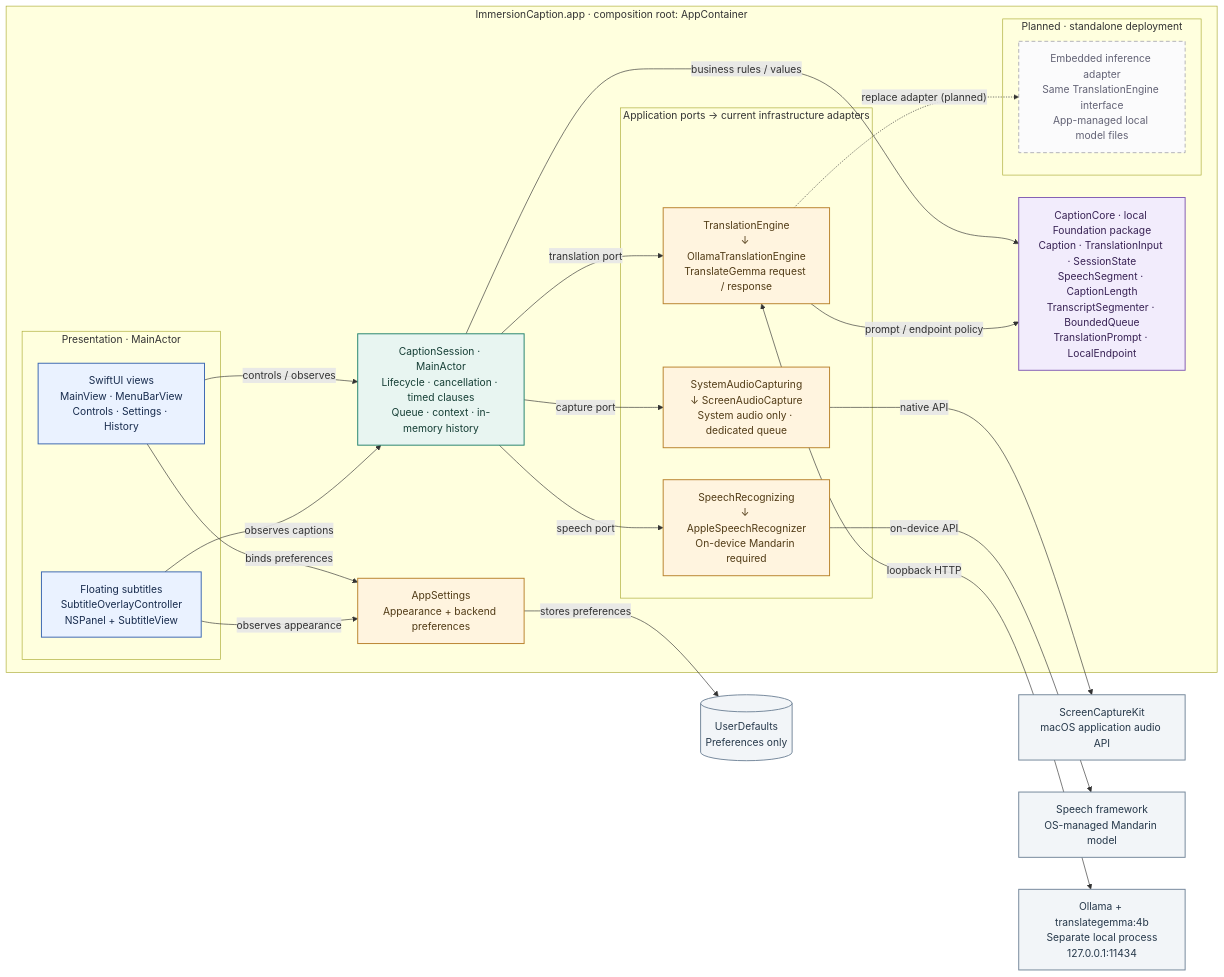
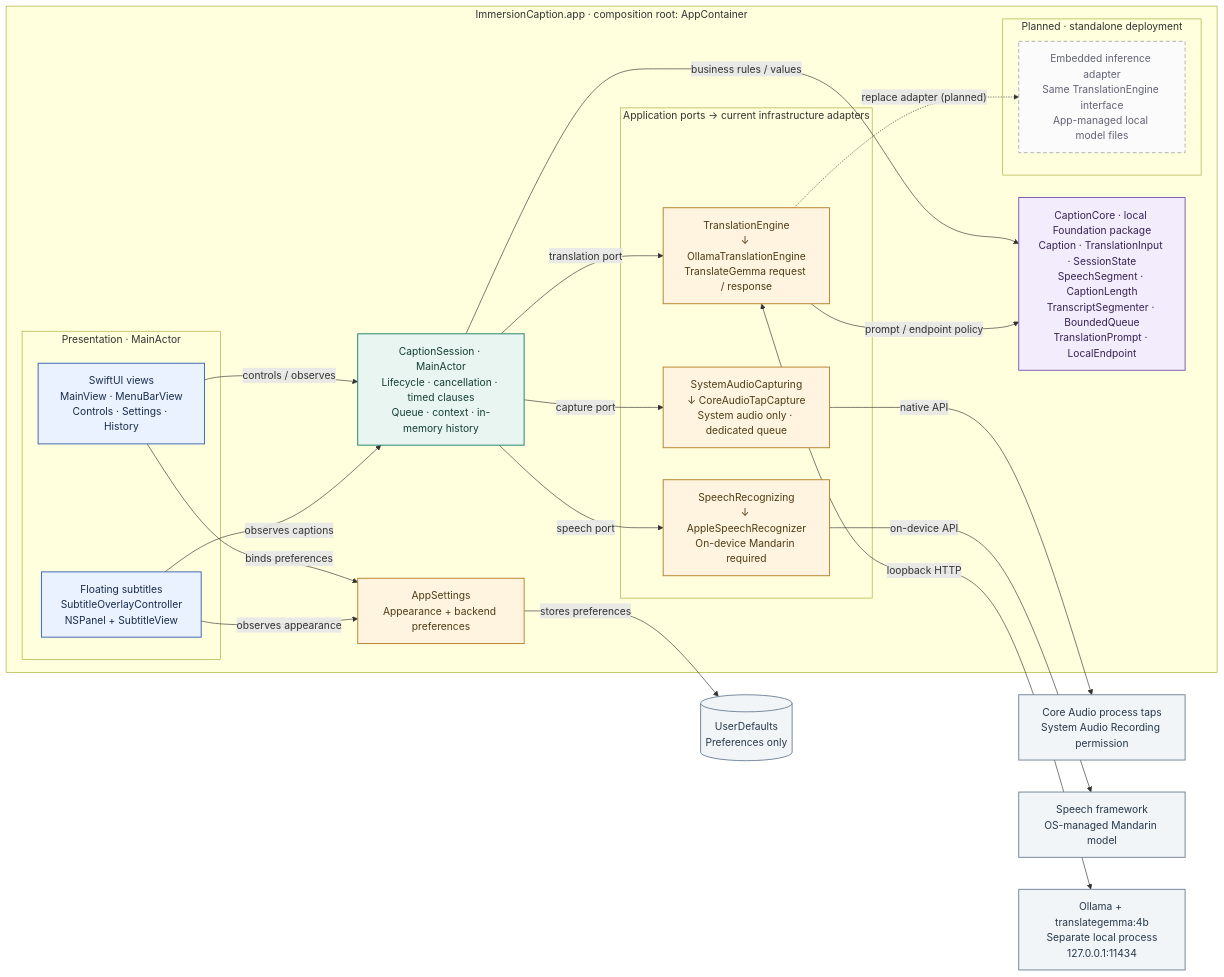
The diagram in docs/diagrams/architecture.mmd (mattt-s/ImmersionCaption), drawn with Mermaid before and after one commit. The commit also changed 16 other files, not shown here.

Commit message:
Replace screen capture with Core Audio taps and audio-only permission

```diff
--- a/docs/diagrams/architecture.mmd
+++ b/docs/diagrams/architecture.mmd
@@ -1,57 +1,57 @@
 flowchart LR
     accTitle: ImmersionCaption component architecture
     accDescr: AppContainer assembles native presentation, a caption session, domain policies, and replaceable local providers. Current adapters connect to macOS frameworks and local Ollama. Embedded inference and direct model management are planned.
 
     subgraph App["ImmersionCaption.app · composition root: AppContainer"]
         subgraph Presentation["Presentation · MainActor"]
             Views["SwiftUI views<br/>MainView · MenuBarView<br/>Controls · Settings · History"]
             Overlay["Floating subtitles<br/>SubtitleOverlayController<br/>NSPanel + SubtitleView"]
         end
 
         Session["CaptionSession · MainActor<br/>Lifecycle · cancellation · timed clauses<br/>Queue · context · in-memory history"]
         Settings["AppSettings<br/>Appearance + backend preferences"]
         Core["CaptionCore · local Foundation package<br/>Caption · TranslationInput · SessionState<br/>SpeechSegment · CaptionLength<br/>TranscriptSegmenter · BoundedQueue<br/>TranslationPrompt · LocalEndpoint"]
 
         subgraph Providers["Application ports → current infrastructure adapters"]
-            Capture["SystemAudioCapturing<br/>↓ ScreenAudioCapture<br/>System audio only · dedicated queue"]
+            Capture["SystemAudioCapturing<br/>↓ CoreAudioTapCapture<br/>System audio only · dedicated queue"]
             Speech["SpeechRecognizing<br/>↓ AppleSpeechRecognizer<br/>On-device Mandarin required"]
             Translation["TranslationEngine<br/>↓ OllamaTranslationEngine<br/>TranslateGemma request / response"]
         end
 
         subgraph Future["Planned · standalone deployment"]
             Embedded["Embedded inference adapter<br/>Same TranslationEngine interface<br/>App-managed local model files"]
         end
     end
 
-    CaptureKit["ScreenCaptureKit<br/>macOS application audio API"]
+    CoreAudio["Core Audio process taps<br/>System Audio Recording permission"]
     SpeechKit["Speech framework<br/>OS-managed Mandarin model"]
     Defaults[("UserDefaults<br/>Preferences only")]
     Ollama["Ollama + translategemma:4b<br/>Separate local process<br/>127.0.0.1:11434"]
 
     Views -->|"controls / observes"| Session
     Overlay -->|"observes captions"| Session
     Views -->|"binds preferences"| Settings
     Overlay -->|"observes appearance"| Settings
     Session -->|"business rules / values"| Core
     Session -->|"capture port"| Capture
     Session -->|"speech port"| Speech
     Session -->|"translation port"| Translation
     Translation -->|"prompt / endpoint policy"| Core
-    Capture -->|"native API"| CaptureKit
+    Capture -->|"native API"| CoreAudio
     Speech -->|"on-device API"| SpeechKit
     Translation <-->|"loopback HTTP"| Ollama
     Settings -->|"stores preferences"| Defaults
     Translation -. "replace adapter (planned)" .-> Embedded
 
     classDef presentation fill:#eaf2ff,stroke:#3b67b1,color:#172b4d,stroke-width:1.5px
     classDef application fill:#e8f5f1,stroke:#23836d,color:#153e35,stroke-width:1.5px
     classDef domain fill:#f2ecfc,stroke:#815bb3,color:#382254,stroke-width:1.5px
     classDef adapter fill:#fff4df,stroke:#b9822d,color:#513b16,stroke-width:1.5px
     classDef service fill:#f2f5f8,stroke:#73869a,color:#26384a,stroke-width:1.5px
     classDef planned fill:#fbfbfc,stroke:#8c8c9e,color:#626275,stroke-dasharray:6 4
     class Views,Overlay presentation
     class Session application
     class Core domain
     class Capture,Speech,Translation,Settings adapter
-    class CaptureKit,SpeechKit,Defaults,Ollama service
+    class CoreAudio,SpeechKit,Defaults,Ollama service
     class Embedded planned
```
